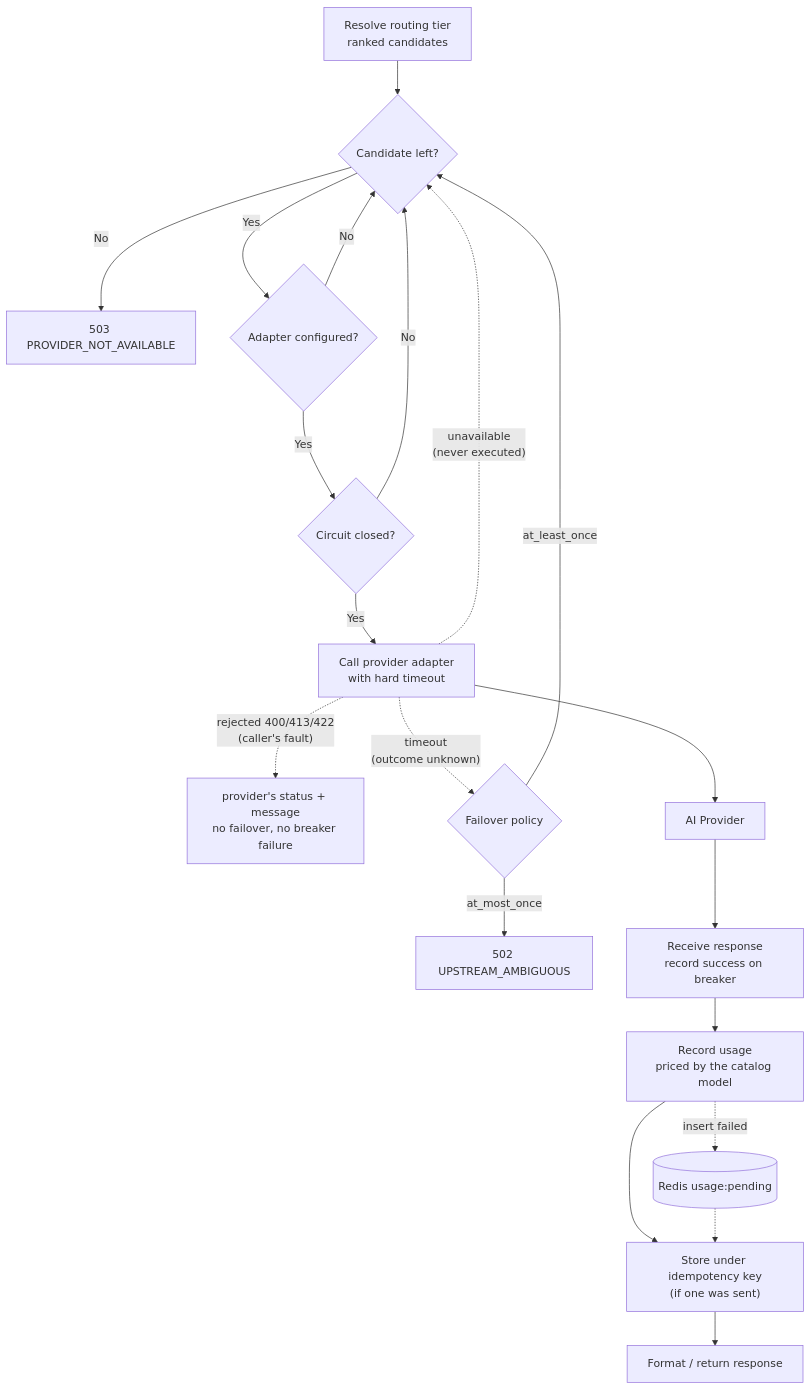
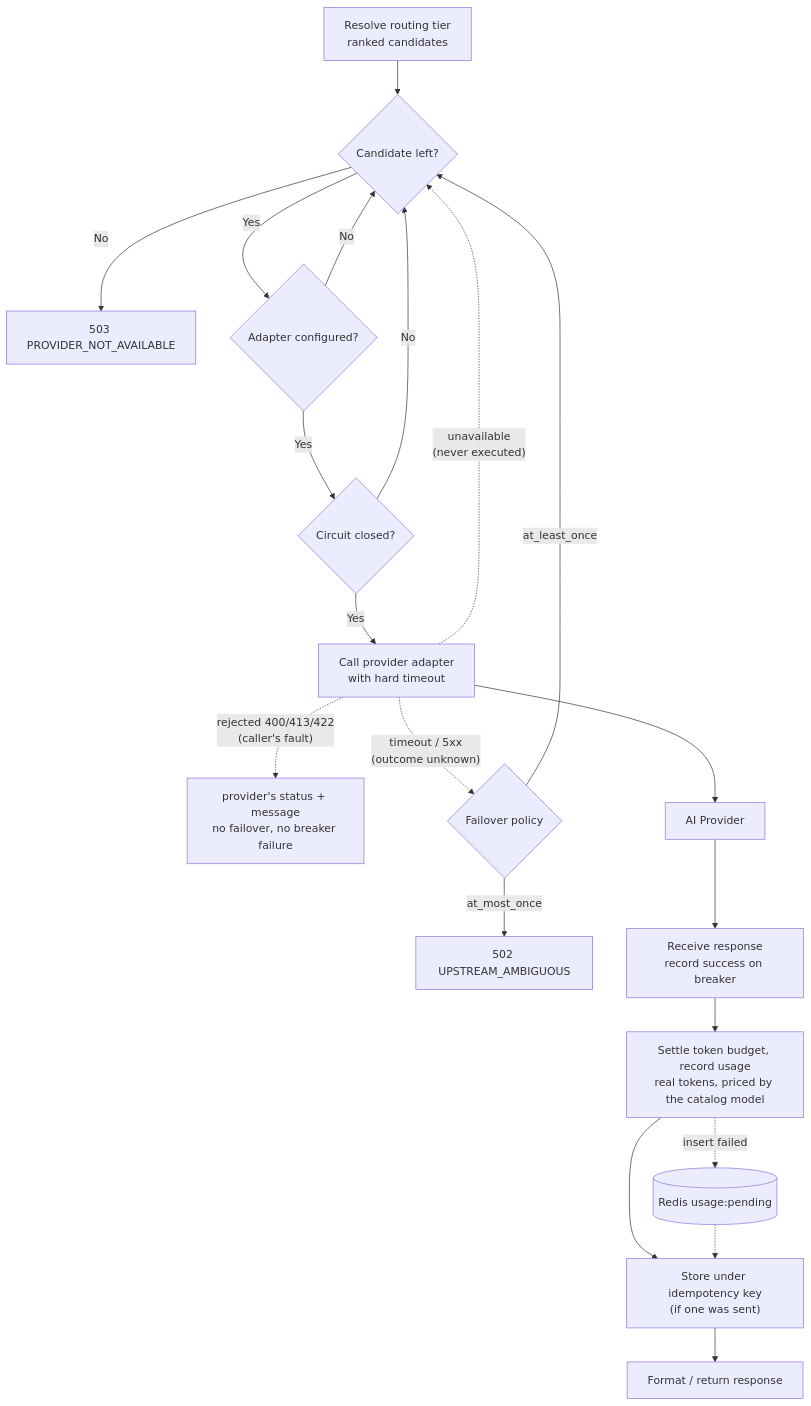
One commit to MaximoBerth0/Relayix changed the third of 4 diagrams in docs/system_flow.md. Above: the diagram before and after it, drawn with Mermaid. The commit also changed other lines of this file and 31 other files, not shown here.

````diff
--- a/docs/system_flow.md
+++ b/docs/system_flow.md
@@ -55,22 +65,22 @@
 ```mermaid
 flowchart TB
     B10["Resolve routing tier<br/>ranked candidates"] --> B11{Candidate left?}
     B11 -- No --> R503["503 PROVIDER_NOT_AVAILABLE"]
     B11 -- Yes --> B12{Adapter configured?}
     B12 -- No --> B11
     B12 -- Yes --> B13{Circuit closed?}
     B13 -- No --> B11
     B13 -- Yes --> B14["Call provider adapter<br/>with hard timeout"]
     B14 -. "unavailable<br/>(never executed)" .-> B11
     B14 -. "rejected 400/413/422<br/>(caller's fault)" .-> R4XX["provider's status + message<br/>no failover, no breaker failure"]
-    B14 -. "timeout<br/>(outcome unknown)" .-> B15{Failover policy}
+    B14 -. "timeout / 5xx<br/>(outcome unknown)" .-> B15{Failover policy}
     B15 -- at_least_once --> B11
     B15 -- at_most_once --> R502["502 UPSTREAM_AMBIGUOUS"]
     B14 --> G[AI Provider]
     G --> B16["Receive response<br/>record success on breaker"]
-    B16 --> B17["Record usage<br/>priced by the catalog model"]
+    B16 --> B17["Settle token budget, record usage<br/>real tokens, priced by the catalog model"]
     B17 -. "insert failed" .-> Q[("Redis usage:pending")]
     B17 --> B18["Store under idempotency key<br/>(if one was sent)"]
     Q -.-> B18
     B18 --> B19["Format / return response"]
 ```
````
